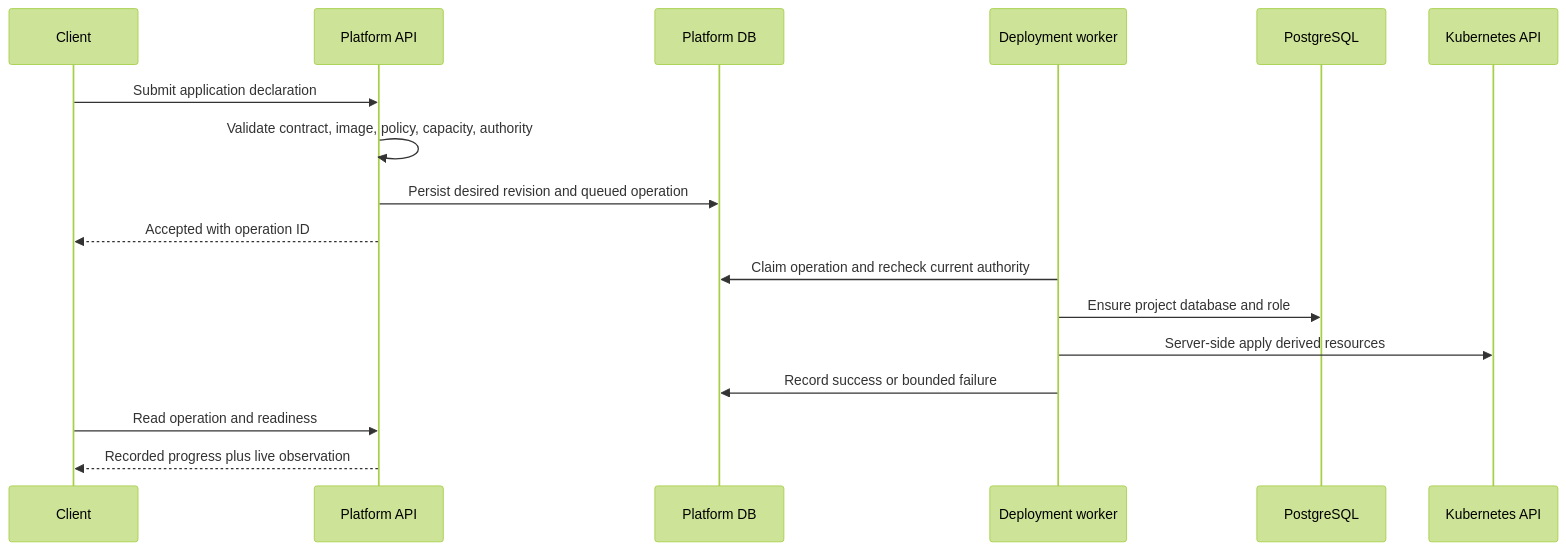
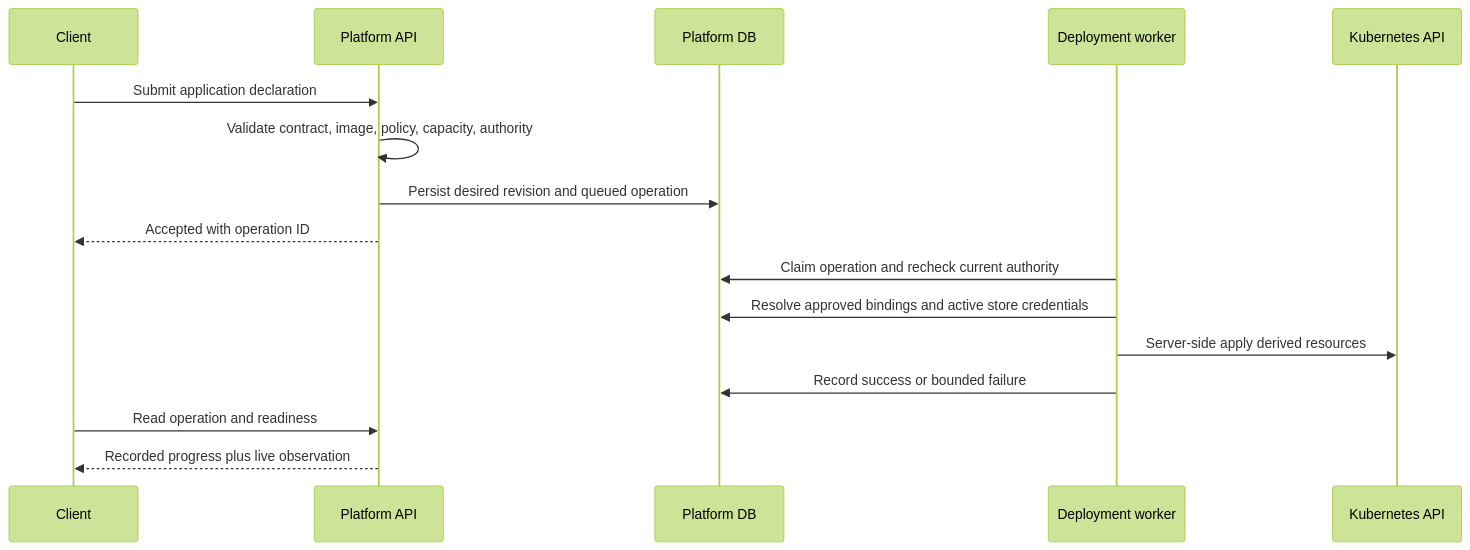
One commit to eseidinger/developer-platform changed the diagram in docs/platform-model/deployment-and-kubernetes.md. Above: the diagram before and after it, drawn with Mermaid (forest theme). The commit also changed other lines of this file and 65 other files, not shown here.

````diff
--- a/docs/platform-model/deployment-and-kubernetes.md
+++ b/docs/platform-model/deployment-and-kubernetes.md
@@ -13,19 +13,18 @@
 ```mermaid
 sequenceDiagram
     participant Client
     participant API as Platform API
     participant DB as Platform DB
     participant Worker as Deployment worker
-    participant PG as PostgreSQL
     participant K8s as Kubernetes API
     Client->>API: Submit application declaration
     API->>API: Validate contract, image, policy, capacity, authority
     API->>DB: Persist desired revision and queued operation
     API-->>Client: Accepted with operation ID
     Worker->>DB: Claim operation and recheck current authority
-    Worker->>PG: Ensure project database and role
+    Worker->>DB: Resolve approved bindings and active store credentials
     Worker->>K8s: Server-side apply derived resources
     Worker->>DB: Record success or bounded failure
     Client->>API: Read operation and readiness
     API-->>Client: Recorded progress plus live observation
 ```
````
